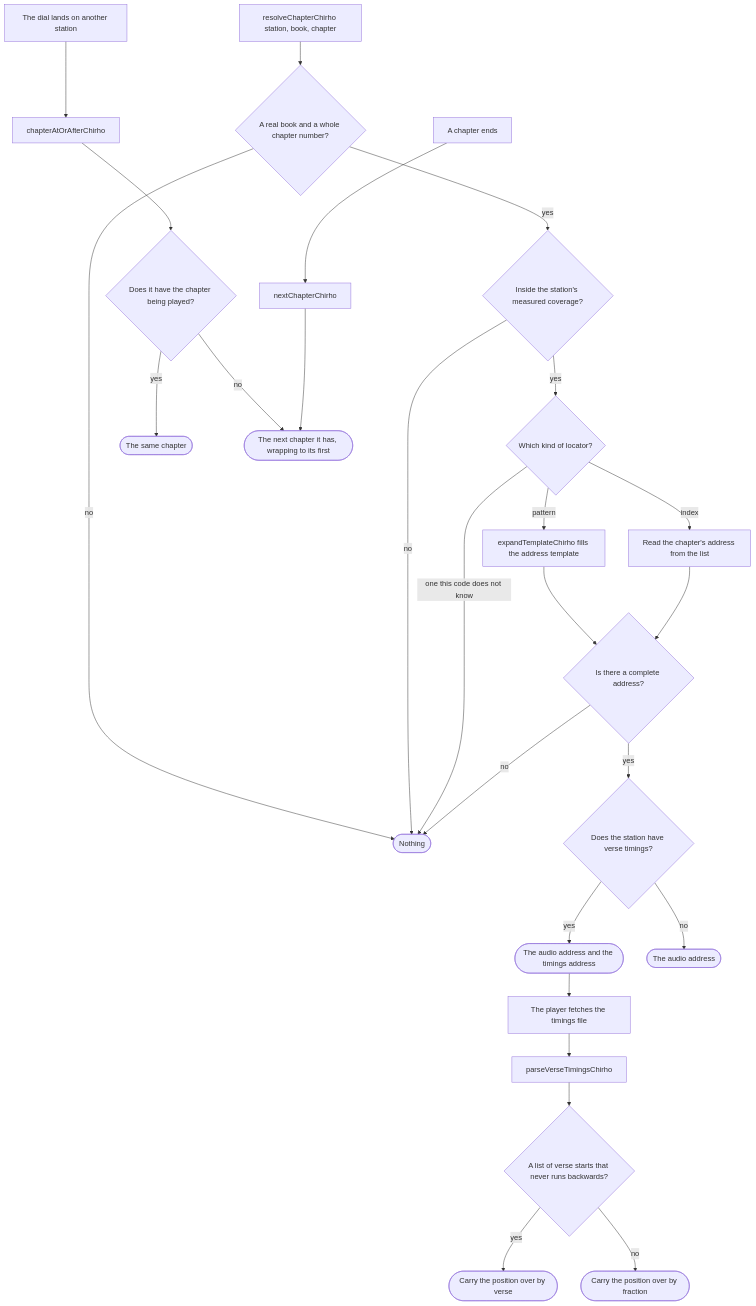
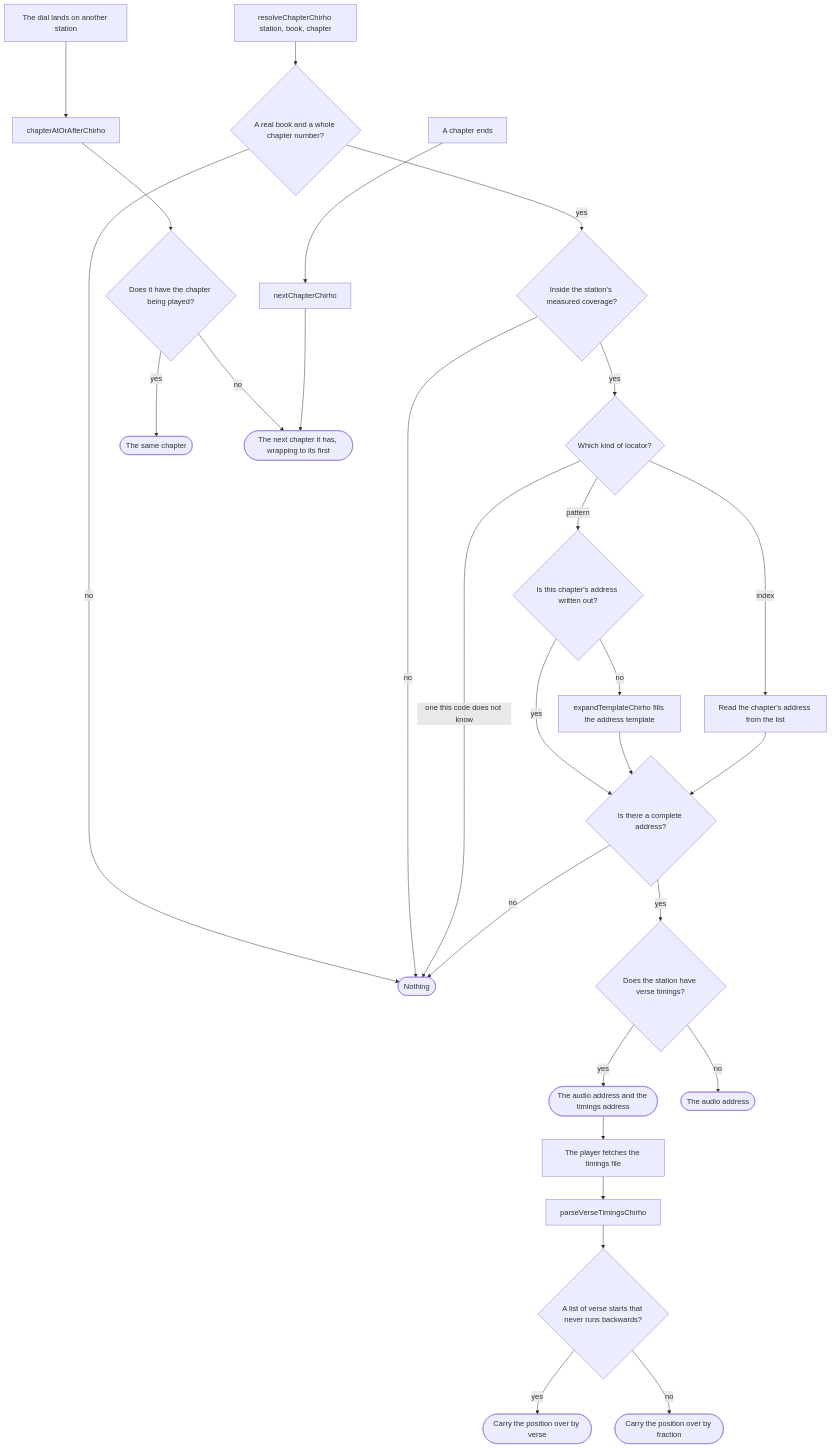
One commit to loveJesus/audiobiblerad.io-chirho changed the third of 3 diagrams in spec-chirho/workflows-chirho/catalogue_workflow_chirho.md. Above: the diagram before and after it, drawn with Mermaid. The commit also changed other lines of this file and 407 other files, not shown here.

````diff
--- a/spec-chirho/workflows-chirho/catalogue_workflow_chirho.md
+++ b/spec-chirho/workflows-chirho/catalogue_workflow_chirho.md
@@ -65,31 +111,33 @@
 ```mermaid
 flowchart TD
     ask_chirho[resolveChapterChirho station, book, chapter] --> real_chirho{A real book and a whole chapter number?}
     real_chirho -- no --> nothing_chirho([Nothing])
     real_chirho -- yes --> covered_chirho{Inside the station's measured coverage?}
     covered_chirho -- no --> nothing_chirho
     covered_chirho -- yes --> kind_chirho{Which kind of locator?}
     kind_chirho -- one this code does not know --> nothing_chirho
-    kind_chirho -- pattern --> fill_chirho[expandTemplateChirho fills the address template]
+    kind_chirho -- pattern --> over_chirho{Is this chapter's address written out?}
+    over_chirho -- yes --> whole_chirho
+    over_chirho -- no --> fill_chirho[expandTemplateChirho fills the address template]
     kind_chirho -- index --> look_chirho[Read the chapter's address from the list]
     fill_chirho --> whole_chirho{Is there a complete address?}
     look_chirho --> whole_chirho
     whole_chirho -- no --> nothing_chirho
     whole_chirho -- yes --> timed_chirho{Does the station have verse timings?}
     timed_chirho -- yes --> both_chirho([The audio address and the timings address])
     timed_chirho -- no --> audio_chirho([The audio address])
 
     both_chirho --> fetch_chirho[The player fetches the timings file]
     fetch_chirho --> parse_chirho[parseVerseTimingsChirho]
     parse_chirho --> usable_chirho{A list of verse starts that never runs backwards?}
     usable_chirho -- yes --> verse_chirho([Carry the position over by verse])
     usable_chirho -- no --> fraction_chirho([Carry the position over by fraction])
 
     dial_chirho[The dial lands on another station] --> ator_chirho[chapterAtOrAfterChirho]
     ator_chirho --> same_chirho{Does it have the chapter being played?}
     same_chirho -- yes --> stay_chirho([The same chapter])
     same_chirho -- no --> later_chirho([The next chapter it has, wrapping to its first])
 
     ended_chirho[A chapter ends] --> next_chirho[nextChapterChirho]
     next_chirho --> later_chirho
 ```
````
